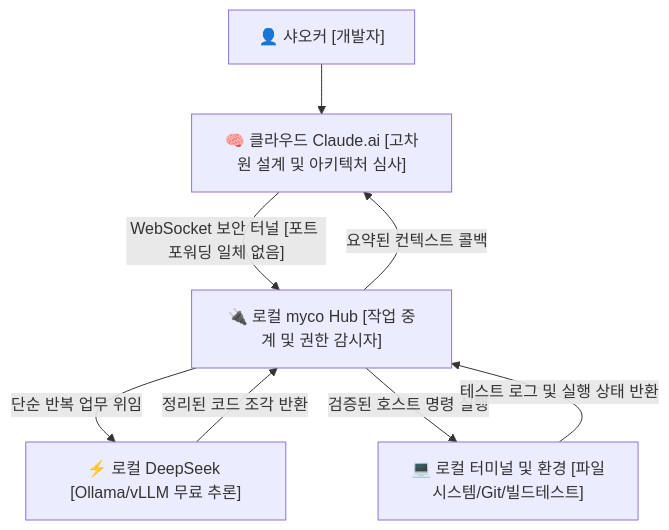
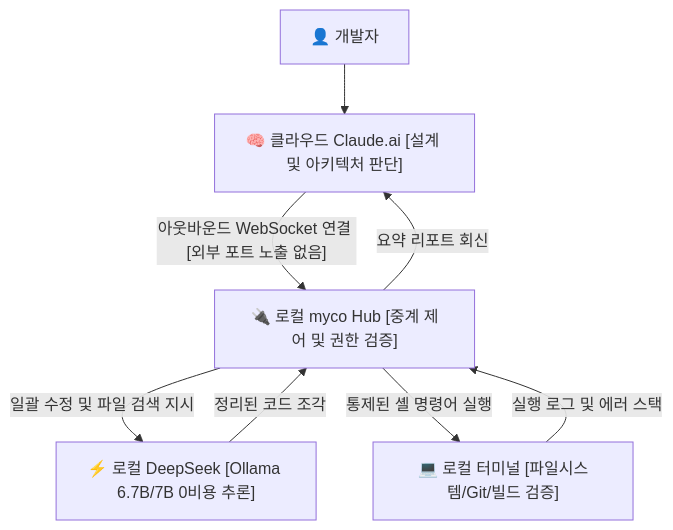
Before and after one commit to kulego-cpu/free-ai-resources: the diagram in guides/ko/cloud-claude-local-deepseek-myco-hybrid-agent-guide.md, drawn with Mermaid. The commit also changed other lines of this file and 3 other files, not shown here.

````diff
--- a/guides/ko/cloud-claude-local-deepseek-myco-hybrid-agent-guide.md
+++ b/guides/ko/cloud-claude-local-deepseek-myco-hybrid-agent-guide.md
@@ -42,10 +32,10 @@
 ```mermaid
 flowchart TD
-    User["👤 샤오커 [개발자]"] --> CloudClaude["🧠 클라우드 Claude.ai [고차원 설계 및 아키텍처 심사]"]
-    CloudClaude -->|"WebSocket 보안 터널 [포트 포워딩 일체 없음]"| MycoHub["🔌 로컬 myco Hub [작업 중계 및 권한 감시자]"]
-    MycoHub -->|"단순 반복 업무 위임"| LocalDS["⚡ 로컬 DeepSeek [Ollama/vLLM 무료 추론]"]
-    MycoHub -->|"검증된 호스트 명령 실행"| LocalShell["💻 로컬 터미널 및 환경 [파일시스템/Git/빌드테스트]"]
-    LocalDS -->|"정리된 코드 조각 반환"| MycoHub
-    LocalShell -->|"테스트 로그 및 실행 상태 반환"| MycoHub
-    MycoHub -->|"요약된 컨텍스트 콜백"| CloudClaude
+    User["👤 개발자"] --> CloudClaude["🧠 클라우드 Claude.ai [설계 및 아키텍처 판단]"]
+    CloudClaude -->|"아웃바운드 WebSocket 연결 [외부 포트 노출 없음]"| MycoHub["🔌 로컬 myco Hub [중계 제어 및 권한 검증]"]
+    MycoHub -->|"일괄 수정 및 파일 검색 지시"| LocalDS["⚡ 로컬 DeepSeek [Ollama 6.7B/7B 0비용 추론]"]
+    MycoHub -->|"통제된 셸 명령어 실행"| LocalShell["💻 로컬 터미널 [파일시스템/Git/빌드 검증]"]
+    LocalDS -->|"정리된 코드 조각"| MycoHub
+    LocalShell -->|"실행 로그 및 에러 스택"| MycoHub
+    MycoHub -->|"요약 리포트 회신"| CloudClaude
 ```
````
